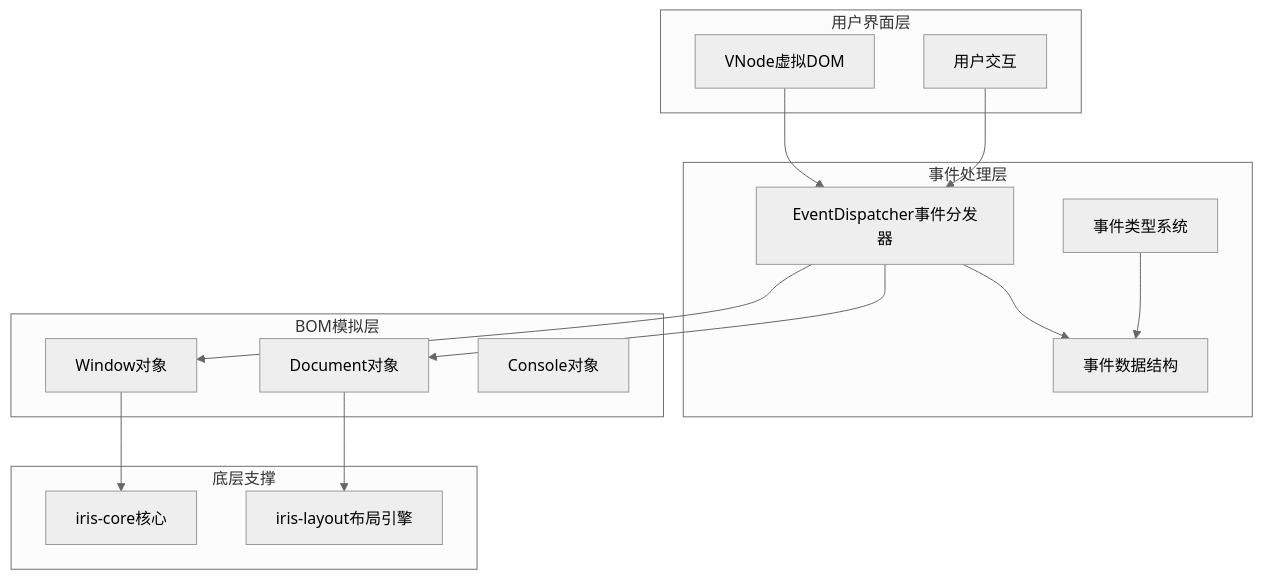
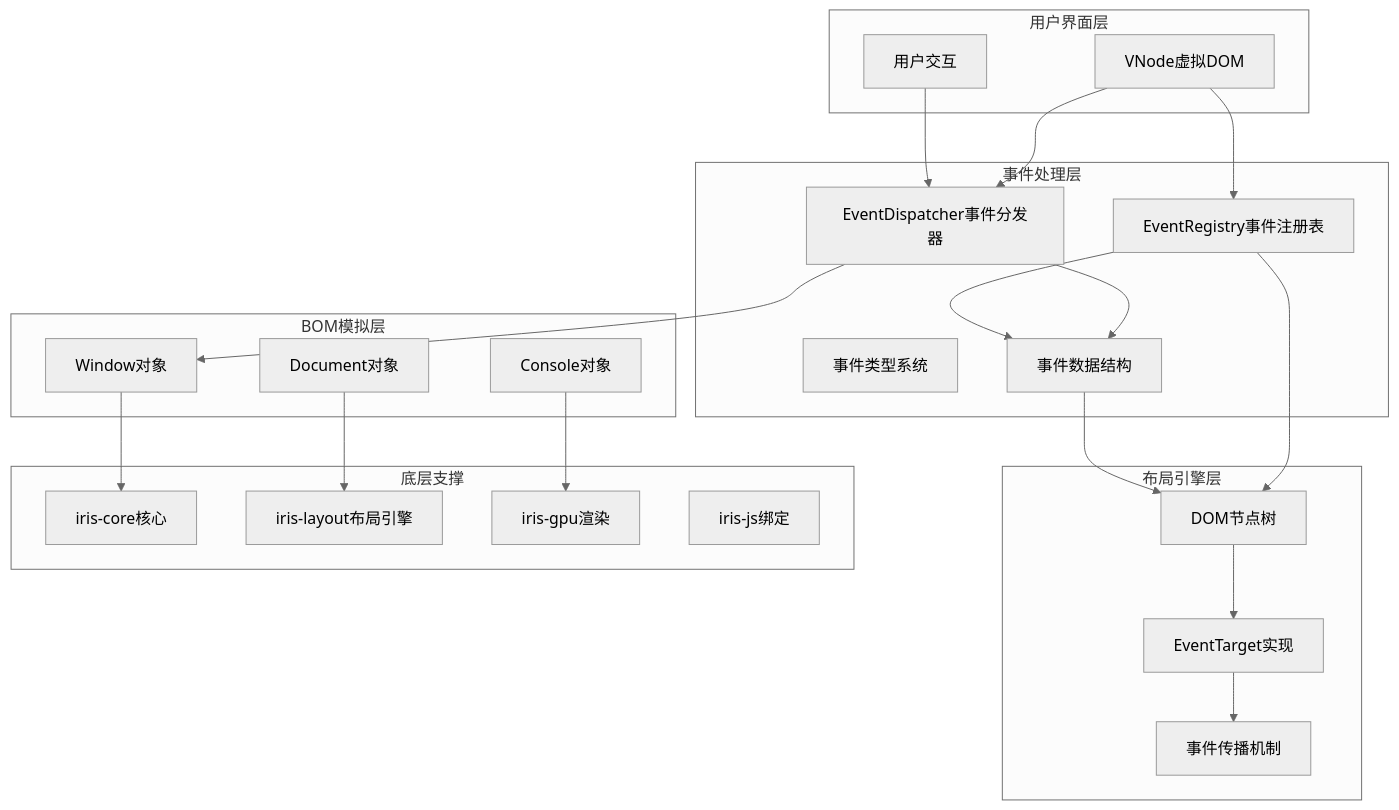
One commit to itszzl-sudo/iris changed the fifth of 9 diagrams in .qoder/repowiki/zh/content/技术架构详解/跨端抽象层/iris-dom事件系统.md. Above: the diagram before and after it, drawn with Mermaid (neutral theme). The commit also changed other lines of this file and 8 other files, not shown here.

````diff
--- a/.qoder/repowiki/zh/content/技术架构详解/跨端抽象层/iris-dom事件系统.md
+++ b/.qoder/repowiki/zh/content/技术架构详解/跨端抽象层/iris-dom事件系统.md
@@ -179,29 +232,42 @@
 ```mermaid
 graph TB
 subgraph "用户界面层"
 A[VNode虚拟DOM]
 B[用户交互]
 end
 subgraph "事件处理层"
 C[EventDispatcher事件分发器]
-D[事件类型系统]
-E[事件数据结构]
+D[EventRegistry事件注册表]
+E[事件类型系统]
+F[事件数据结构]
 end
 subgraph "BOM模拟层"
-F[Window对象]
-G[Document对象]
-H[Console对象]
+G[Window对象]
+H[Document对象]
+I[Console对象]
+end
+subgraph "布局引擎层"
+J[DOM节点树]
+K[EventTarget实现]
+L[事件传播机制]
 end
 subgraph "底层支撑"
-I[iris-core核心]
-J[iris-layout布局引擎]
+M[iris-core核心]
+N[iris-layout布局引擎]
+O[iris-gpu渲染]
+P[iris-js绑定]
 end
 A --> C
+A --> D
 B --> C
 C --> F
+D --> F
 C --> G
-F --> I
-G --> J
-C --> E
-D --> E
+D --> J
+F --> J
+G --> M
+H --> N
+I --> O
+J --> K
+K --> L
 ```
````
